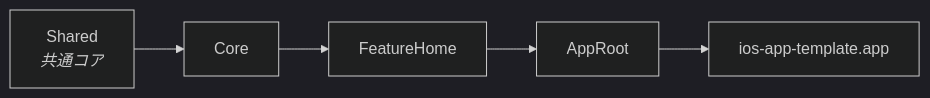
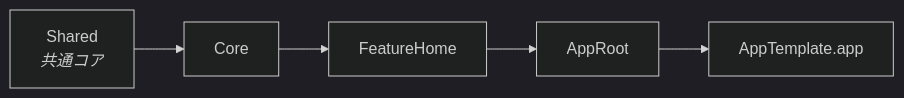
The second of 2 diagrams in README.md (yossibank/ios-app-template), drawn with Mermaid (dark theme) before and after one commit. The commit also changed other lines of this file and 25 other files, not shown here.

````diff
--- a/README.md
+++ b/README.md
@@ -21,9 +21,9 @@
 ```mermaid
 flowchart LR
     SHARED["Shared<br/><i>共通コア</i>"]
     CORE["Core"]
     HOME["FeatureHome"]
     ROOT["AppRoot"]
-    APP["ios-app-template.app"]
+    APP["AppTemplate.app"]
     SHARED --> CORE --> HOME --> ROOT --> APP
 ```
````
